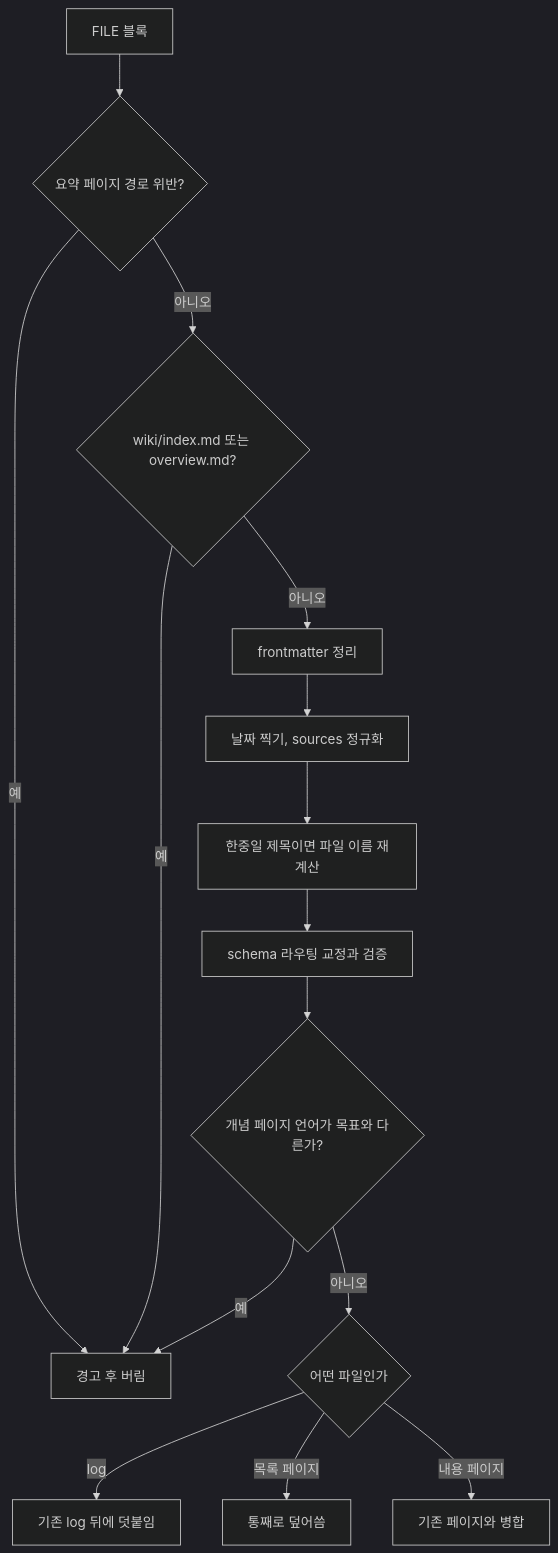
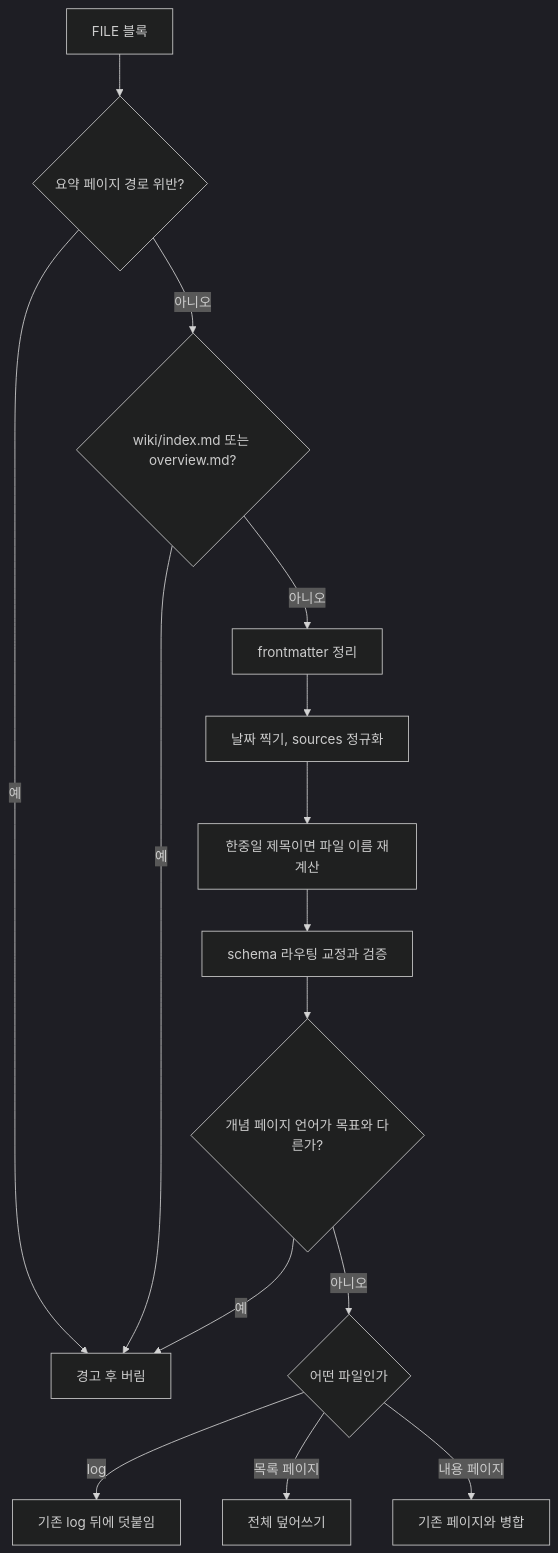
Before and after one commit to workdd/I_AM_ML_Engineer: the third of 3 diagrams in books/llm-wiki/pages/04-ingest.md, drawn with Mermaid (dark theme). The commit also changed other lines of this file and 32 other files, not shown here.

````diff
--- a/books/llm-wiki/pages/04-ingest.md
+++ b/books/llm-wiki/pages/04-ingest.md
@@ -560,17 +560,17 @@
 ```mermaid
 flowchart TD
     B[FILE 블록] --> S1{요약 페이지 경로 위반?}
     S1 -- 예 --> X[경고 후 버림]
     S1 -- 아니오 --> S2{wiki/index.md 또는 overview.md?}
     S2 -- 예 --> X
     S2 -- 아니오 --> SAN[frontmatter 정리]
     SAN --> DT[날짜 찍기, sources 정규화]
     DT --> CJK[한중일 제목이면 파일 이름 재계산]
     CJK --> RT[schema 라우팅 교정과 검증]
     RT --> LG{개념 페이지 언어가 목표와 다른가?}
     LG -- 예 --> X
     LG -- 아니오 --> K{어떤 파일인가}
     K -- log --> AP[기존 log 뒤에 덧붙임]
-    K -- 목록 페이지 --> OW[통째로 덮어씀]
+    K -- 목록 페이지 --> OW[전체 덮어쓰기]
     K -- 내용 페이지 --> MG[기존 페이지와 병합]
 ```
````
